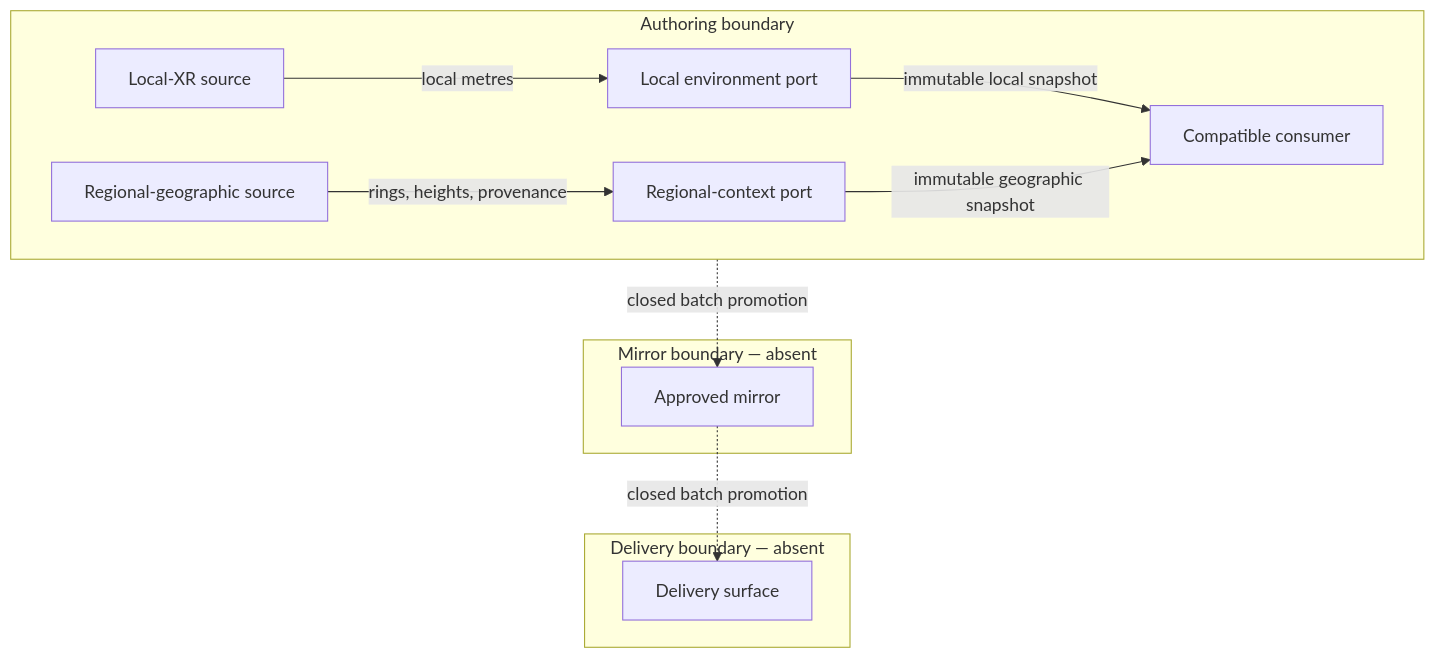
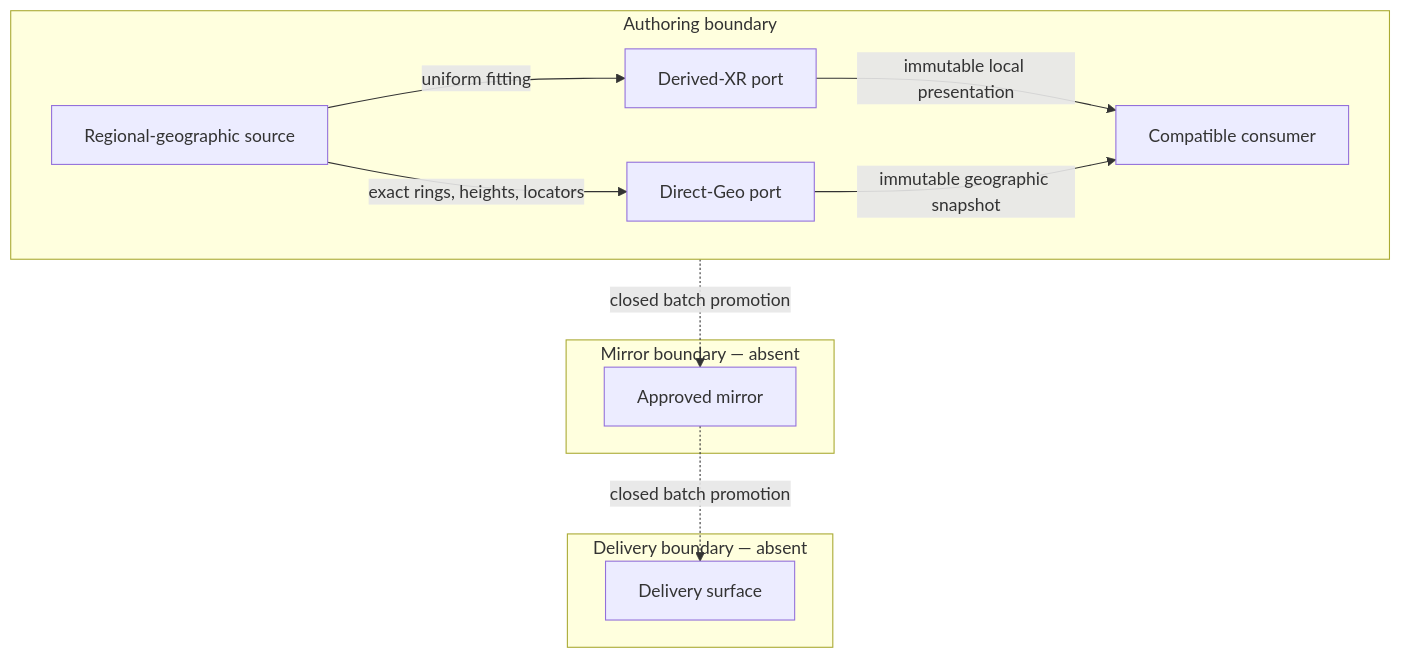
Before and after one commit to huijoohwee/agentic-graph: the diagram in docs/documents/knowgrph-adm0-singapore-prd-tad-ard.companion.md, drawn with Mermaid. The commit also changed other lines of this file and 56 other files, not shown here.

````diff
--- a/docs/documents/knowgrph-adm0-singapore-prd-tad-ard.companion.md
+++ b/docs/documents/knowgrph-adm0-singapore-prd-tad-ard.companion.md
@@ -305,17 +295,17 @@
 ```mermaid
 flowchart TB
   subgraph A["Authoring boundary"]
-    Local["Local-XR source"] -->|local metres| LocalPort["Local environment port"]
-    Regional["Regional-geographic source"] -->|rings, heights, provenance| RegionalPort["Regional-context port"]
-    LocalPort -->|immutable local snapshot| Consumer["Compatible consumer"]
-    RegionalPort -->|immutable geographic snapshot| Consumer
+    Regional["Regional-geographic source"] -->|uniform fitting| XrPort["Derived-XR port"]
+    Regional -->|exact rings, heights, locators| GeoPort["Direct-Geo port"]
+    XrPort -->|immutable local presentation| Consumer["Compatible consumer"]
+    GeoPort -->|immutable geographic snapshot| Consumer
   end
   subgraph M["Mirror boundary — absent"]
     Mirror["Approved mirror"]
   end
   subgraph D["Delivery boundary — absent"]
     Delivery["Delivery surface"]
   end
   A -. "closed batch promotion" .-> Mirror
   Mirror -. "closed batch promotion" .-> Delivery
 ```
````
